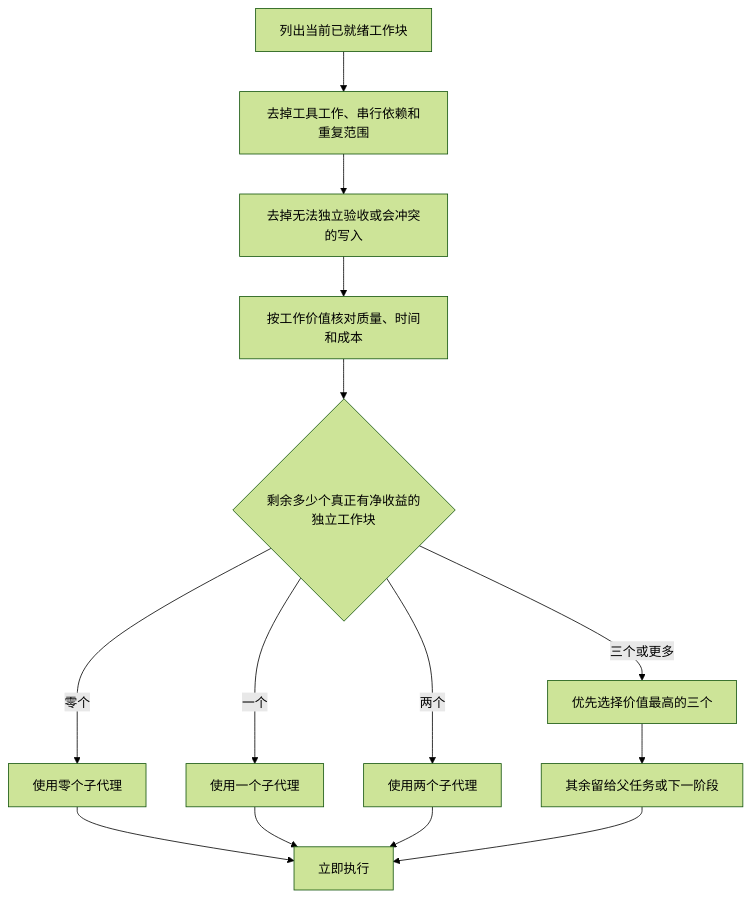
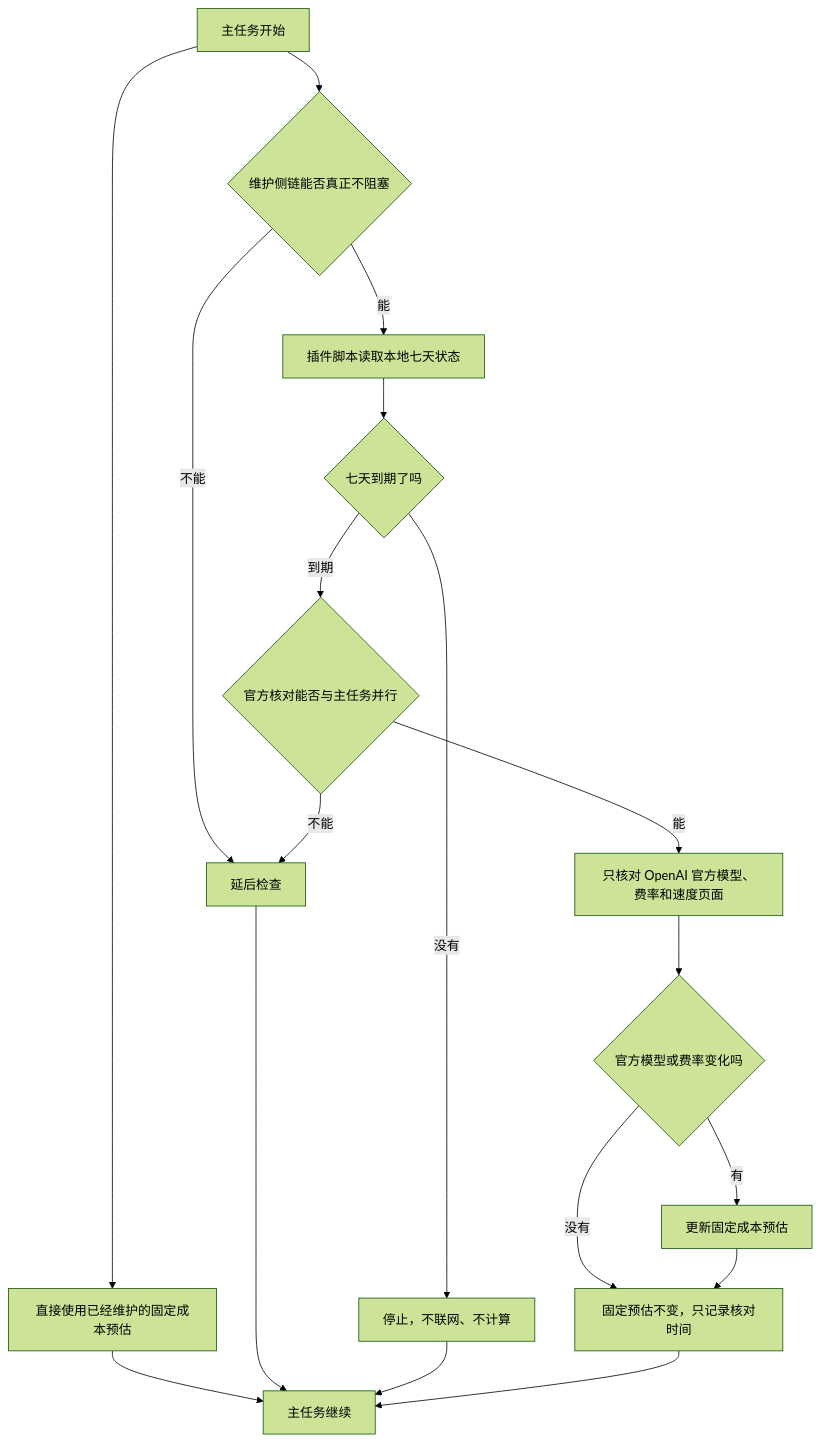
One commit to Lang45/codex-lean-stack changed the fourth of 13 diagrams in skills/lean-stack/references/flowcharts-zh.md. Above: the diagram before and after it, drawn with Mermaid (forest theme). The commit also changed other lines of this file and 25 other files, not shown here.

````diff
--- a/skills/lean-stack/references/flowcharts-zh.md
+++ b/skills/lean-stack/references/flowcharts-zh.md
@@ -62,16 +275,20 @@
 ```mermaid
 flowchart TD
-    A[列出当前已就绪工作块] --> B[去掉工具工作、串行依赖和重复范围]
-    B --> C[去掉无法独立验收或会冲突的写入]
-    C --> D[按工作价值核对质量、时间和成本]
-    D --> E{剩余多少个真正有净收益的独立工作块}
-    E -->|零个| F[使用零个子代理]
-    E -->|一个| G[使用一个子代理]
-    E -->|两个| H[使用两个子代理]
-    E -->|三个或更多| I[优先选择价值最高的三个]
-    I --> J[其余留给父任务或下一阶段]
-    F --> K[立即执行]
-    G --> K
-    H --> K
-    J --> K
+    A[主任务开始] --> B[直接使用已经维护的固定成本预估]
+    A --> C{维护侧链能否真正不阻塞}
+    C -->|不能| D[延后检查]
+    C -->|能| E[插件脚本读取本地七天状态]
+    E --> F{七天到期了吗}
+    F -->|没有| G[停止，不联网、不计算]
+    F -->|到期| H{官方核对能否与主任务并行}
+    H -->|不能| D
+    H -->|能| I[只核对 OpenAI 官方模型、费率和速度页面]
+    I --> J{官方模型或费率变化吗}
+    J -->|没有| K[固定预估不变，只记录核对时间]
+    J -->|有| L[更新固定成本预估]
+    L --> K
+    B --> M[主任务继续]
+    D --> M
+    G --> M
+    K --> M
 ```
````
